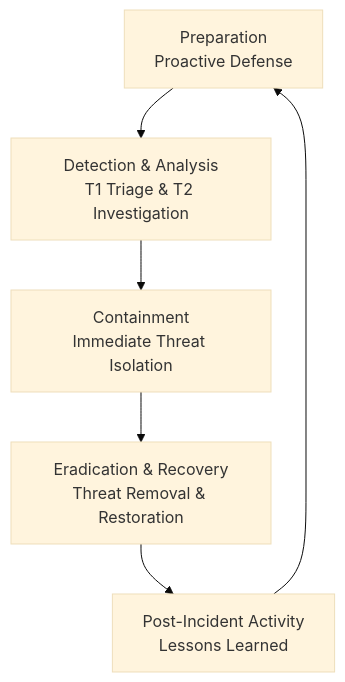
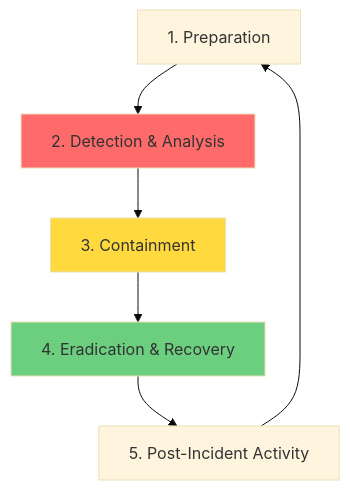
The second of 3 diagrams in SOC-T1/SOC Fundamentals/Courses/Security incident lifecycle phases.md (Walid-El-Hioul/Cybersecurity), drawn with Mermaid (base theme) before and after one commit. The commit also changed other lines of this file and 4 other files, not shown here.

````diff
--- a/SOC-T1/SOC Fundamentals/Courses/Security incident lifecycle phases.md
+++ b/SOC-T1/SOC Fundamentals/Courses/Security incident lifecycle phases.md
@@ -47,8 +95,11 @@
 ```mermaid
 flowchart TD
-    A[Preparation<br>Proactive Defense] --> B[Detection & Analysis<br>T1 Triage & T2 Investigation]
-    B --> C[Containment<br>Immediate Threat Isolation]
-    C --> D[Eradication & Recovery<br>Threat Removal & Restoration]
-    D --> E[Post-Incident Activity<br>Lessons Learned]
+    A[1. Preparation] --> B[2. Detection & Analysis]
+    B --> C[3. Containment]
+    C --> D[4. Eradication & Recovery]
+    D --> E[5. Post-Incident Activity]
     E --> A
+    style B fill:#ff6b6b
+    style C fill:#ffd93d
+    style D fill:#6bcf7f
 ```
````
